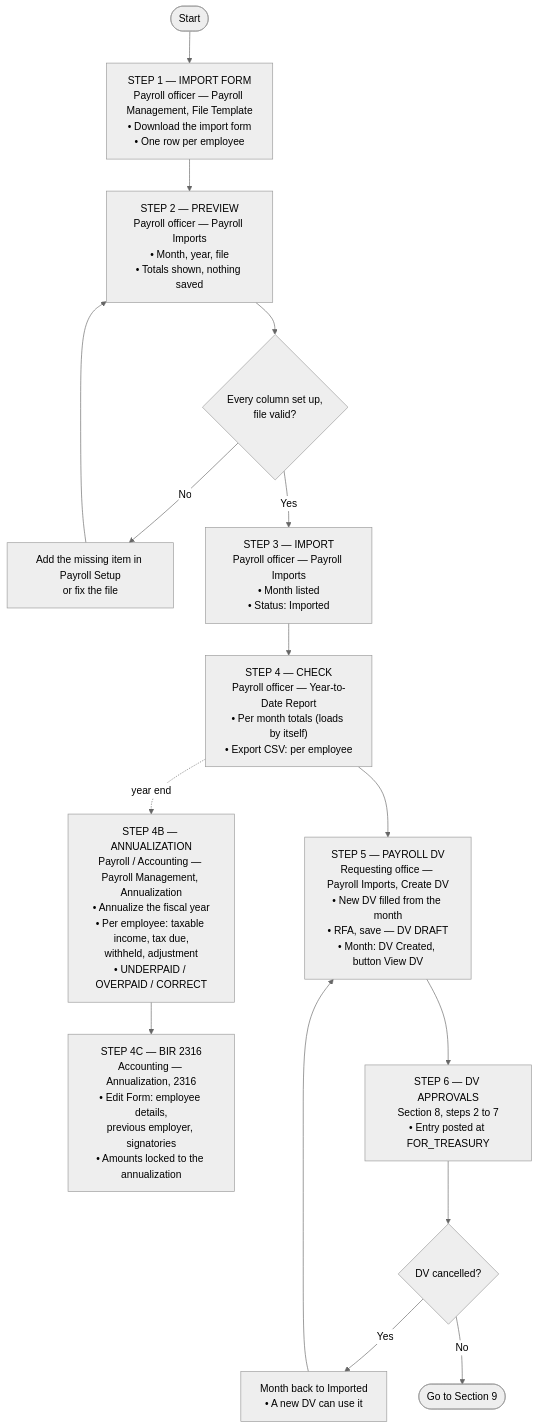
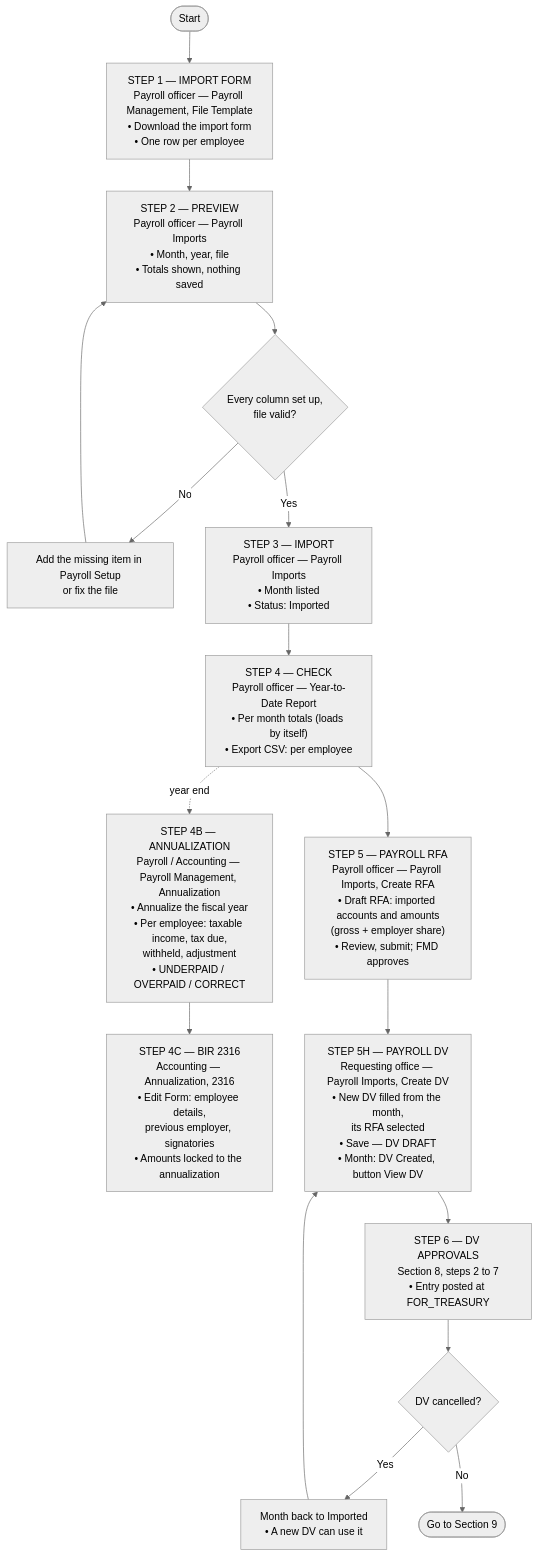
One commit to A-team-ITBS/fims-nha changed the tenth of 14 diagrams in system_docs/process-flow/PROCESS-FLOW.md. Above: the diagram before and after it, drawn with Mermaid (neutral theme). The commit also changed other lines of this file and 12 other files, not shown here.

````diff
--- a/system_docs/process-flow/PROCESS-FLOW.md
+++ b/system_docs/process-flow/PROCESS-FLOW.md
@@ -406,18 +420,19 @@
 ```mermaid
 flowchart TD
     START(["Start"]) --> S1["STEP 1 — IMPORT FORM<br/>Payroll officer — Payroll Management, File Template<br/>• Download the import form<br/>• One row per employee"]
     S1 --> S2["STEP 2 — PREVIEW<br/>Payroll officer — Payroll Imports<br/>• Month, year, file<br/>• Totals shown, nothing saved"]
     S2 --> D1{"Every column set up,<br/>file valid?"}
     D1 -->|"No"| R1["Add the missing item in Payroll Setup<br/>or fix the file"]
     R1 --> S2
     D1 -->|"Yes"| S3["STEP 3 — IMPORT<br/>Payroll officer — Payroll Imports<br/>• Month listed<br/>• Status: Imported"]
     S3 --> S4["STEP 4 — CHECK<br/>Payroll officer — Year-to-Date Report<br/>• Per month totals (loads by itself)<br/>• Export CSV: per employee"]
     S4 -.->|"year end"| A1["STEP 4B — ANNUALIZATION<br/>Payroll / Accounting — Payroll Management, Annualization<br/>• Annualize the fiscal year<br/>• Per employee: taxable income, tax due,<br/>withheld, adjustment<br/>• UNDERPAID / OVERPAID / CORRECT"]
     A1 --> A2["STEP 4C — BIR 2316<br/>Accounting — Annualization, 2316<br/>• Edit Form: employee details,<br/>previous employer, signatories<br/>• Amounts locked to the annualization"]
-    S4 --> S5["STEP 5 — PAYROLL DV<br/>Requesting office — Payroll Imports, Create DV<br/>• New DV filled from the month<br/>• RFA, save — DV DRAFT<br/>• Month: DV Created, button View DV"]
+    S4 --> R5["STEP 5 — PAYROLL RFA<br/>Payroll officer — Payroll Imports, Create RFA<br/>• Draft RFA: imported accounts and amounts<br/>(gross + employer share)<br/>• Review, submit; FMD approves"]
+    R5 --> S5["STEP 5H — PAYROLL DV<br/>Requesting office — Payroll Imports, Create DV<br/>• New DV filled from the month,<br/>its RFA selected<br/>• Save — DV DRAFT<br/>• Month: DV Created, button View DV"]
     S5 --> S6["STEP 6 — DV APPROVALS<br/>Section 8, steps 2 to 7<br/>• Entry posted at FOR_TREASURY"]
     S6 --> D2{"DV cancelled?"}
     D2 -->|"Yes"| X["Month back to Imported<br/>• A new DV can use it"]
     X --> S5
     D2 -->|"No"| END(["Go to Section 9"])
 ```
````
